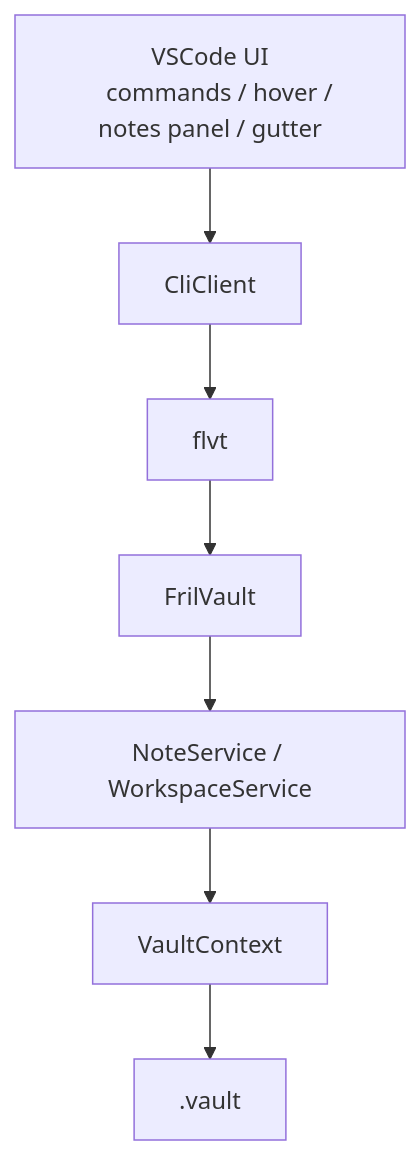
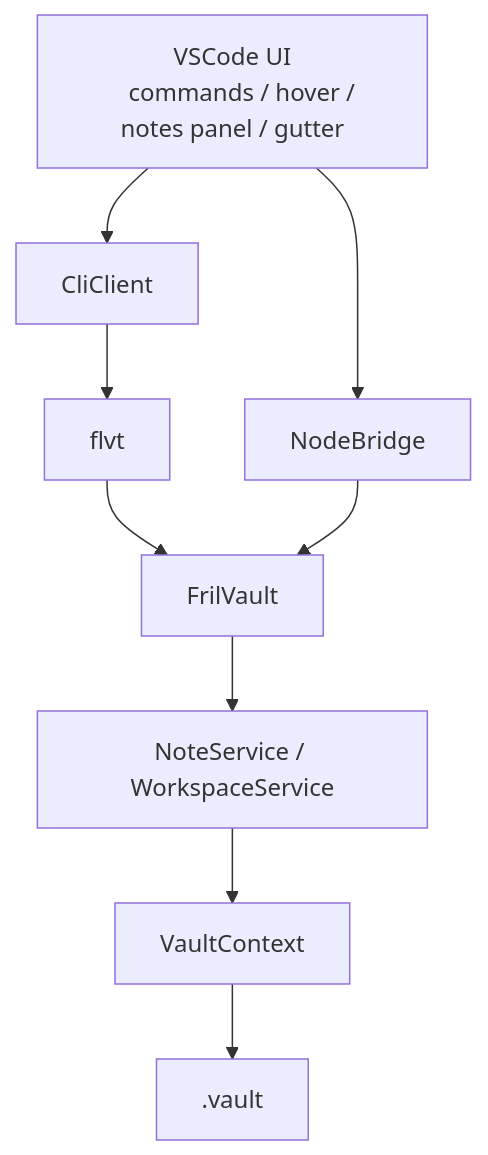
Before and after one commit to mors119/frilvault: the diagram in docs/book/src/diagrams/editor.md, drawn with Mermaid. The commit also changed other lines of this file and 14 other files, not shown here.

````diff
--- a/docs/book/src/diagrams/editor.md
+++ b/docs/book/src/diagrams/editor.md
@@ -5,10 +5,12 @@
 ```mermaid
 flowchart TD
     Editor["VSCode UI
     commands / hover / notes panel / gutter"] --> CliClient["CliClient"]
+    Editor --> NodeBridge["NodeBridge"]
     CliClient --> Binary["flvt"]
     Binary --> Facade["FrilVault"]
+    NodeBridge --> Facade
     Facade --> Services["NoteService / WorkspaceService"]
     Services --> Context["VaultContext"]
     Context --> Storage[".vault"]
 ```
````
